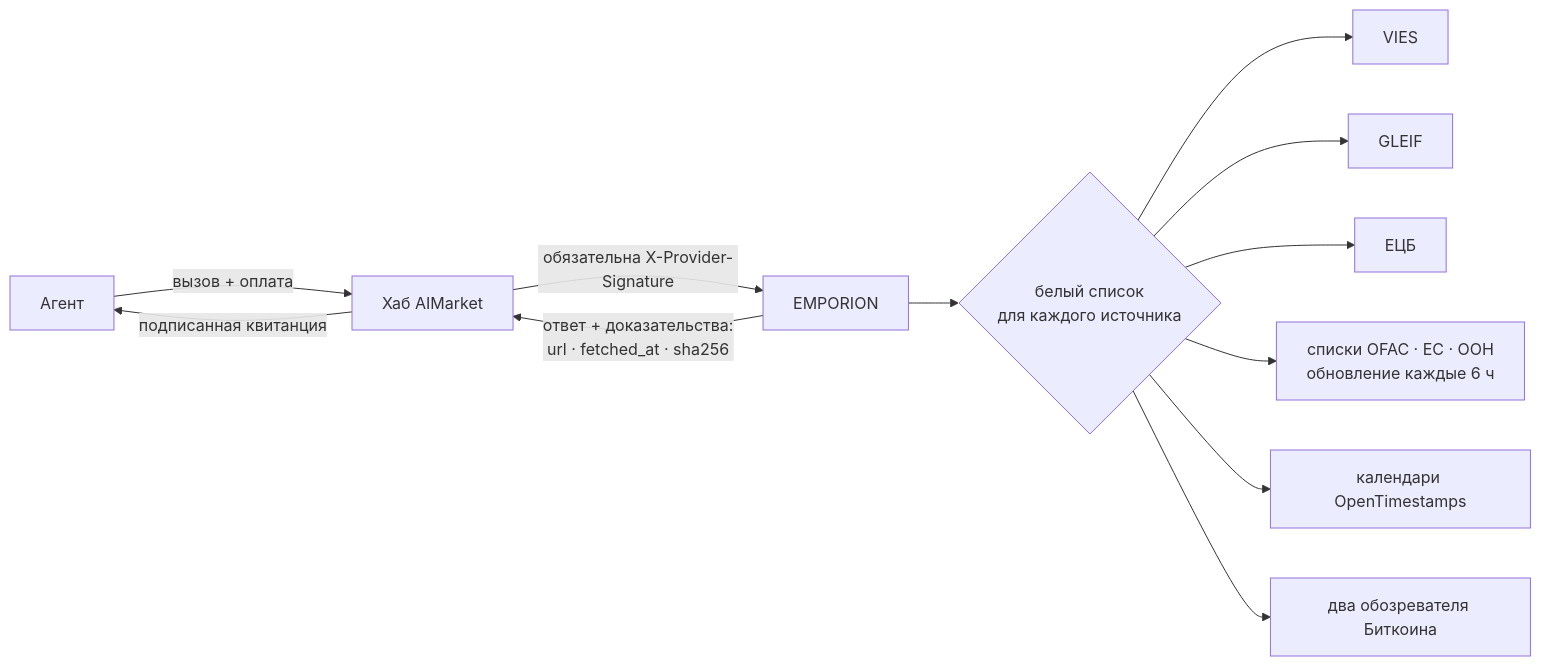
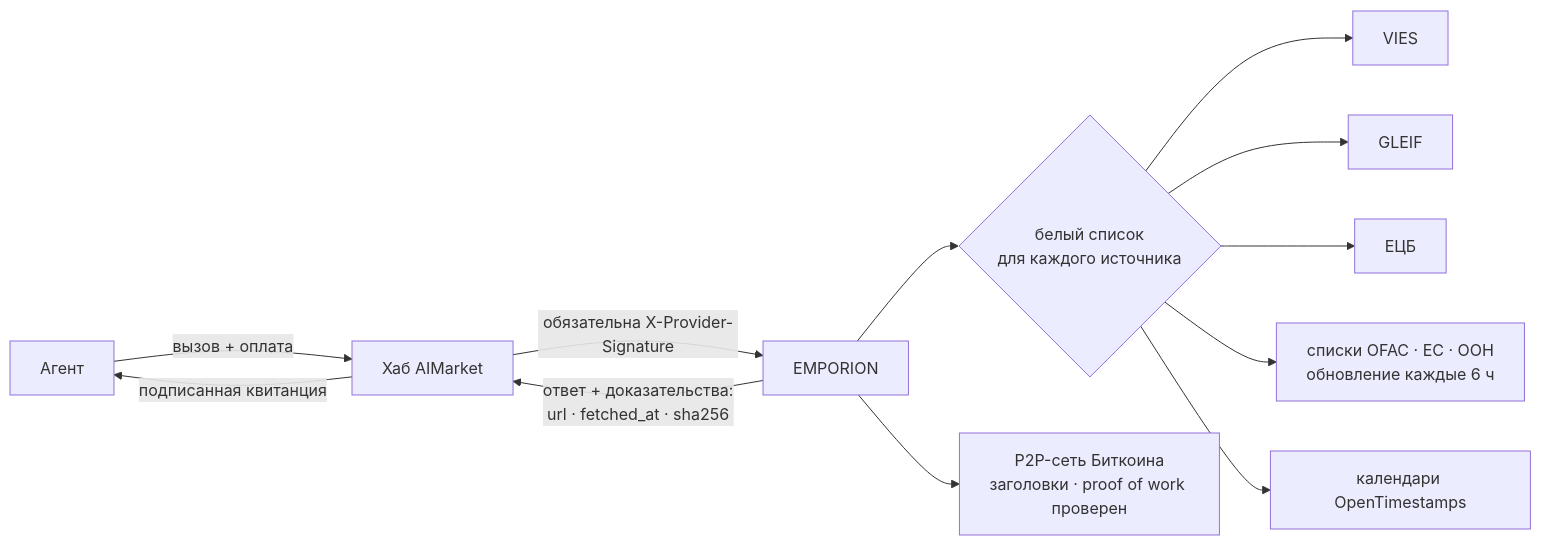
The first of 3 diagrams in README.ru.md (alexar76/emporion), drawn with Mermaid before and after one commit. The commit also changed other lines of this file and 26 other files, not shown here.

````diff
--- a/README.ru.md
+++ b/README.ru.md
@@ -57,14 +57,14 @@
 ```mermaid
 flowchart LR
     A[Агент] -->|вызов + оплата| H[Хаб AIMarket]
     H -->|обязательна X-Provider-Signature| E[EMPORION]
     E --> N{белый список<br/>для каждого источника}
     N --> V[VIES]
     N --> G[GLEIF]
     N --> C[ЕЦБ]
     N --> S[списки OFAC · ЕС · ООН<br/>обновление каждые 6 ч]
     N --> O[календари OpenTimestamps]
-    N --> X[два обозревателя Биткоина]
+    E --> X[P2P-сеть Биткоина<br/>заголовки · proof of work проверен]
     E -->|ответ + доказательства:<br/>url · fetched_at · sha256| H
     H -->|подписанная квитанция| A
 ```
````
